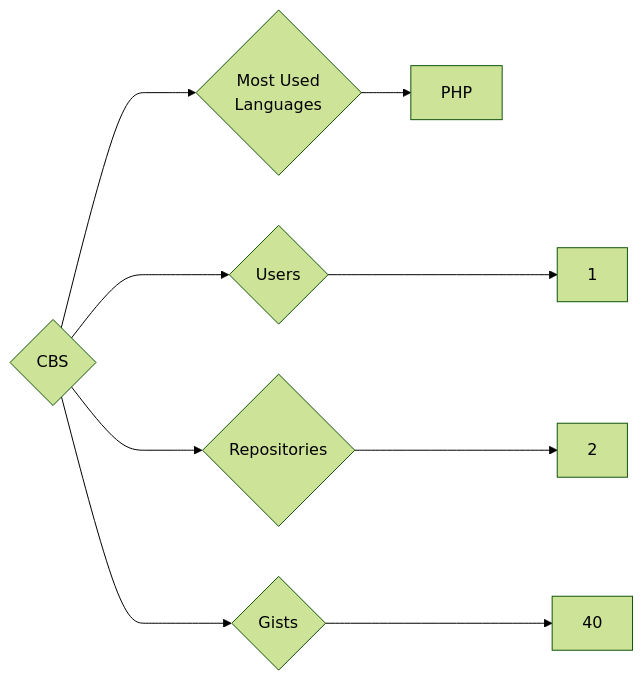
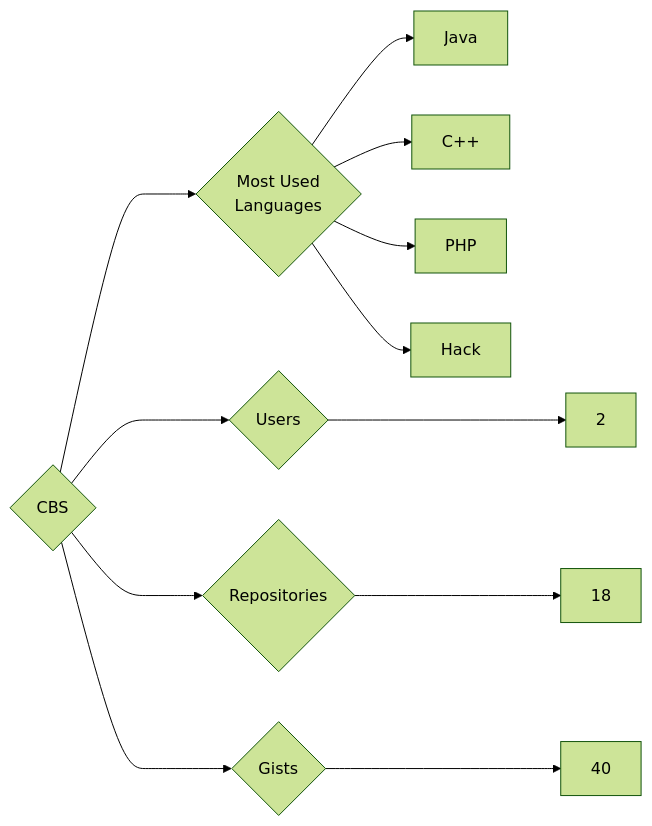
Before and after one commit to trickest/insiders: the diagram in targets/CBS/README.md, drawn with Mermaid (forest theme). The commit also changed 874 other files, not shown here.

````diff
--- a/targets/CBS/README.md
+++ b/targets/CBS/README.md
@@ -3,9 +3,12 @@
 ```mermaid
 graph LR
 COMPANY_NAME{CBS}
-COMPANY_NAME ---> U{Users} ---> UN[1]
-COMPANY_NAME ---> R{Repositories} ---> RN[2]
+COMPANY_NAME ---> U{Users} ---> UN[2]
+COMPANY_NAME ---> R{Repositories} ---> RN[18]
 COMPANY_NAME ---> G{Gists} ---> GN[40]
 COMPANY_NAME ---> ML{Most Used<br>Languages}
+ML --> Java[Java]
+ML --> C++[C++]
 ML --> PHP[PHP]
+ML --> Hack[Hack]
 ```
````
